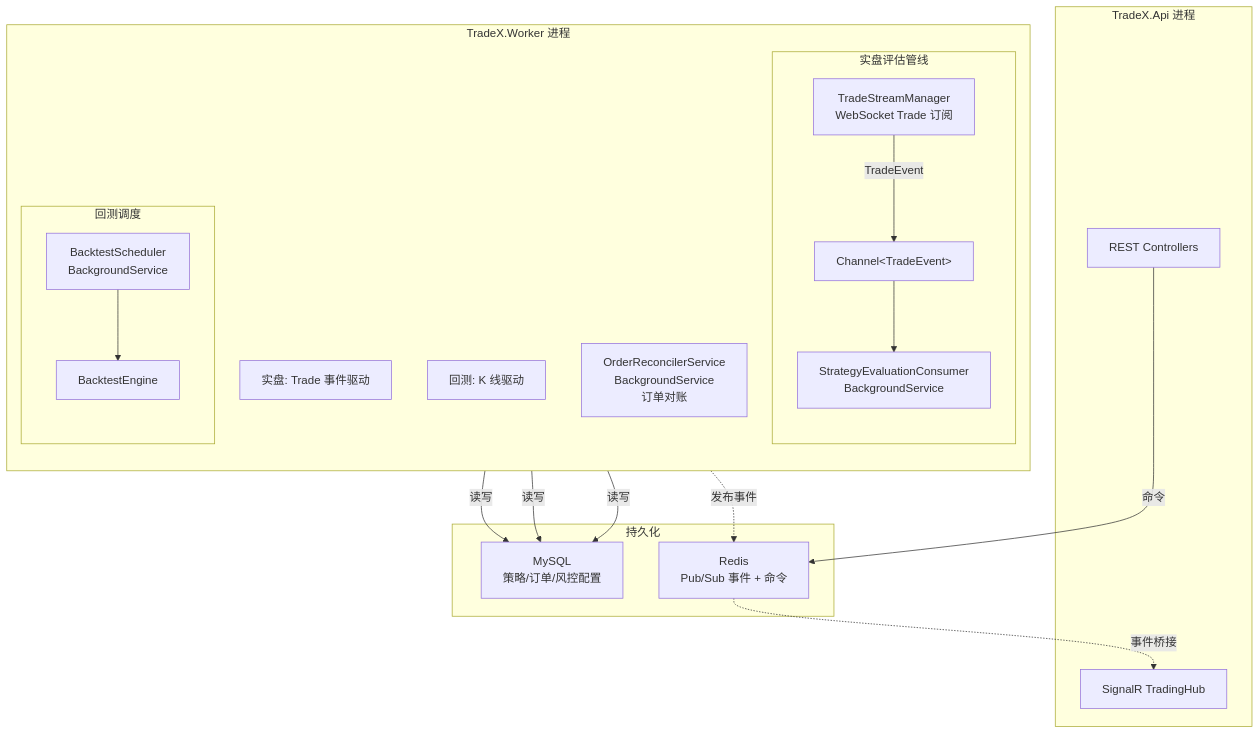
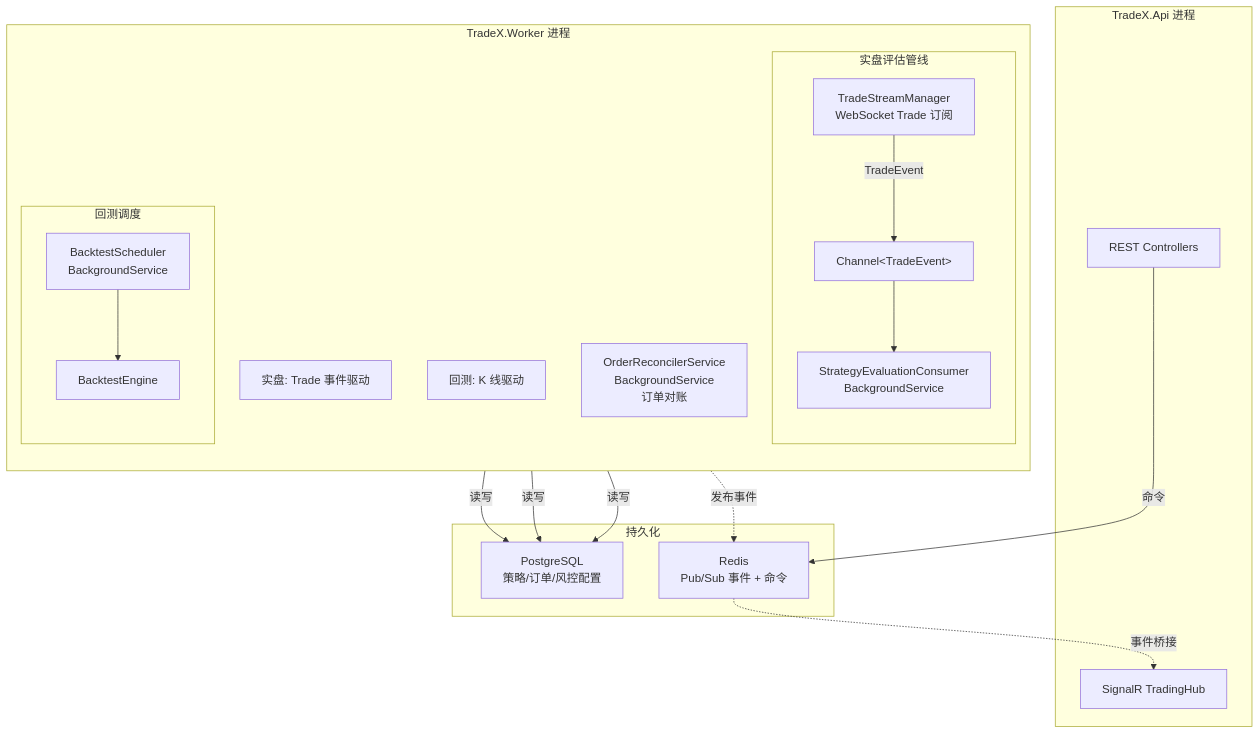
One commit to bambuo/TradeX changed the first of 8 diagrams in docs/策略引擎工作流程.md. Above: the diagram before and after it, drawn with Mermaid. The commit also changed 64 other files, not shown here.

````diff
--- a/docs/策略引擎工作流程.md
+++ b/docs/策略引擎工作流程.md
@@ -18,45 +18,45 @@
 ```mermaid
 flowchart TD
     subgraph Worker["TradeX.Worker 进程"]
         direction TB
         LIVE["实盘: Trade 事件驱动"]
         BT["回测: K 线驱动"]
 
         subgraph Live["实盘评估管线"]
             TSM["TradeStreamManager<br/>WebSocket Trade 订阅"]
             CH["Channel&lt;TradeEvent&gt;"]
             SEC["StrategyEvaluationConsumer<br/>BackgroundService"]
         end
 
         subgraph Backtest["回测调度"]
             BS["BacktestScheduler<br/>BackgroundService"]
             BE["BacktestEngine"]
         end
 
         OR["OrderReconcilerService<br/>BackgroundService<br/>订单对账"]
     end
 
     subgraph API["TradeX.Api 进程"]
         C["REST Controllers"]
         H["SignalR TradingHub"]
     end
 
     subgraph Storage["持久化"]
-        DB["MySQL<br/>策略/订单/风控配置"]
+        DB["PostgreSQL<br/>策略/订单/风控配置"]
         RD["Redis<br/>Pub/Sub 事件 + 命令"]
     end
 
     TSM -->|"TradeEvent"| CH
     CH --> SEC
     SEC -->|读写| DB
     SEC -.->|发布事件| RD
 
     BS --> BE
     BE -->|读写| DB
 
     OR -->|读写| DB
 
     RD -.->|事件桥接| H
 
     C -->|命令| RD
 ```
````
